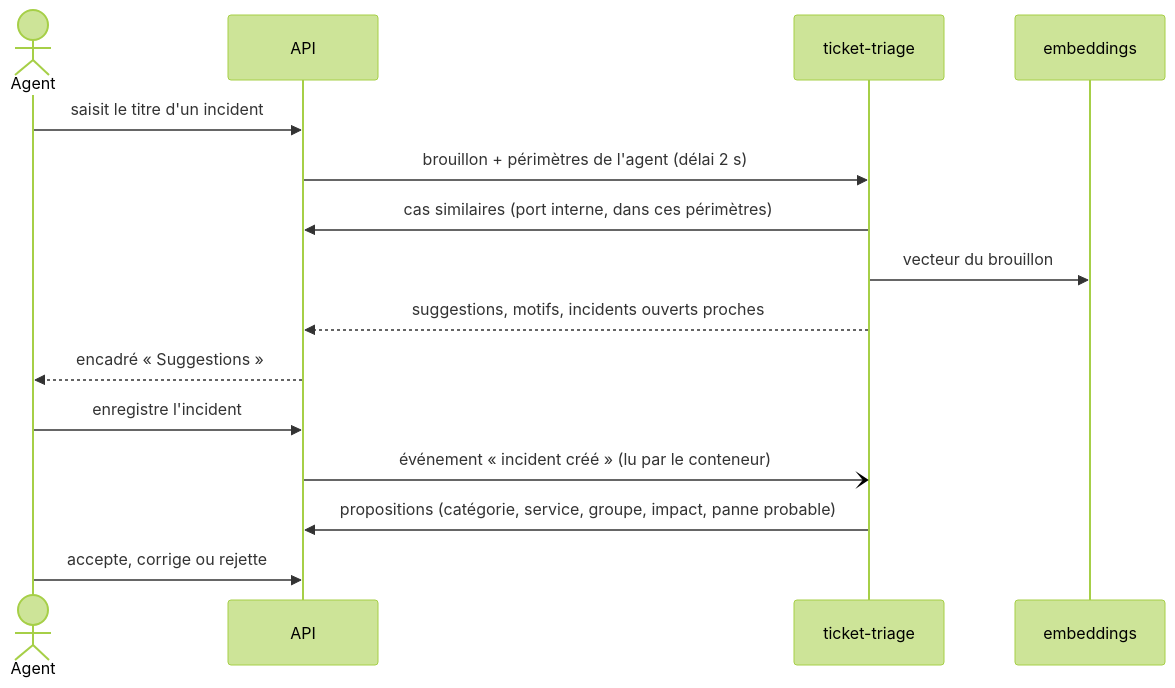
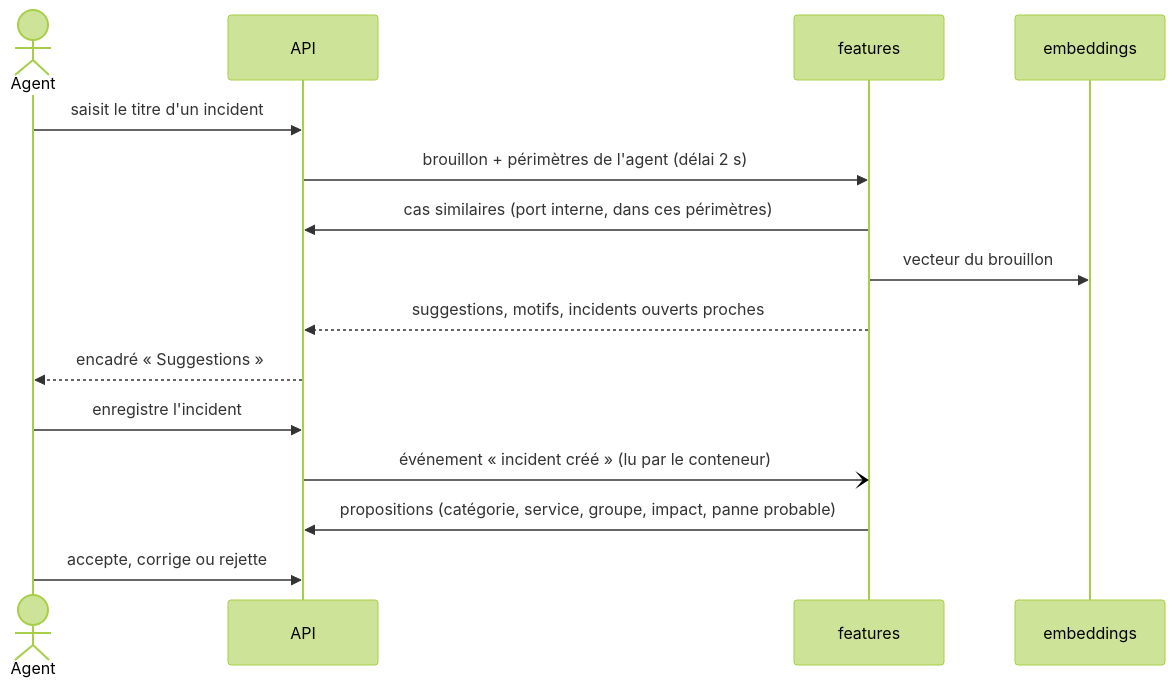
Before and after one commit to chrraj7/S-Aloha: the diagram in docs/reference/tri-assiste-des-tickets.md, drawn with Mermaid (forest theme). The commit also changed other lines of this file and 12 other files, not shown here.

````diff
--- a/docs/reference/tri-assiste-des-tickets.md
+++ b/docs/reference/tri-assiste-des-tickets.md
@@ -35,17 +35,17 @@
 ```mermaid
 sequenceDiagram
     actor Agent
     participant A as API
-    participant T as ticket-triage
+    participant T as features
     participant E as embeddings
     Agent->>A: saisit le titre d'un incident
     A->>T: brouillon + périmètres de l'agent (délai 2 s)
     T->>A: cas similaires (port interne, dans ces périmètres)
     T->>E: vecteur du brouillon
     T-->>A: suggestions, motifs, incidents ouverts proches
     A-->>Agent: encadré « Suggestions »
     Agent->>A: enregistre l'incident
     A-)T: événement « incident créé » (lu par le conteneur)
     T->>A: propositions (catégorie, service, groupe, impact, panne probable)
     Agent->>A: accepte, corrige ou rejette
 ```
````
